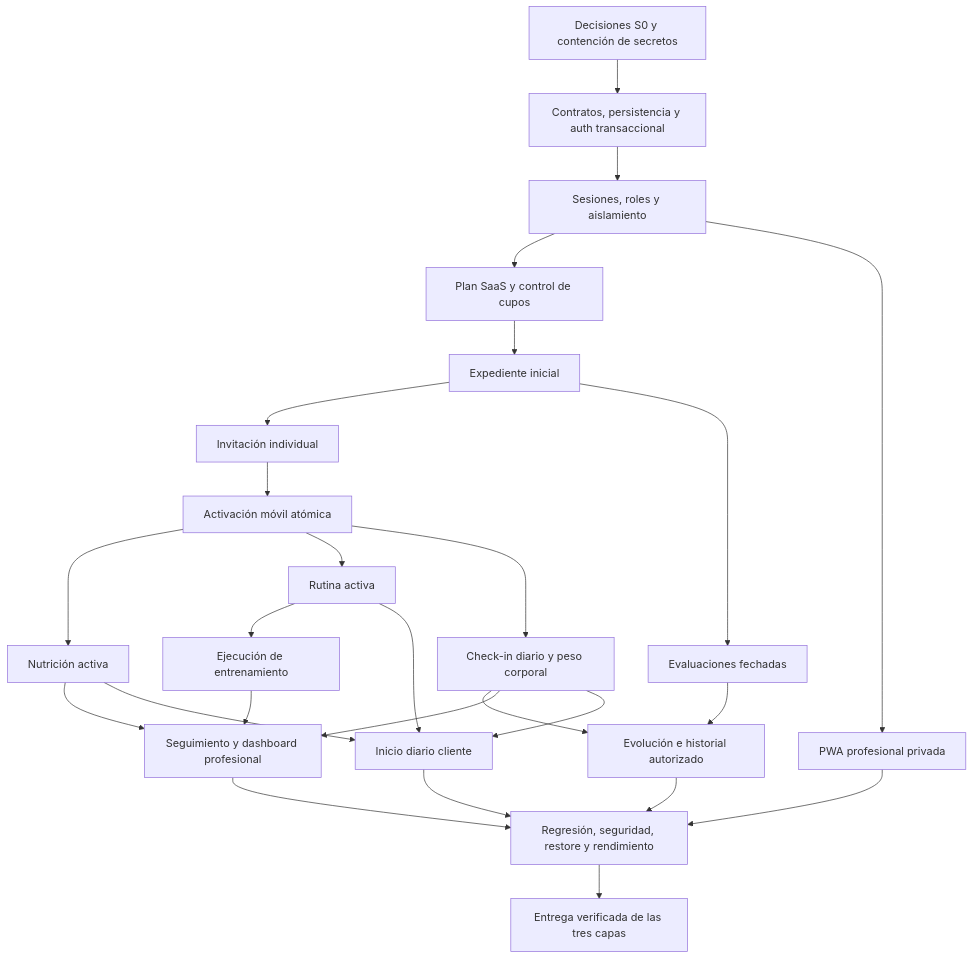
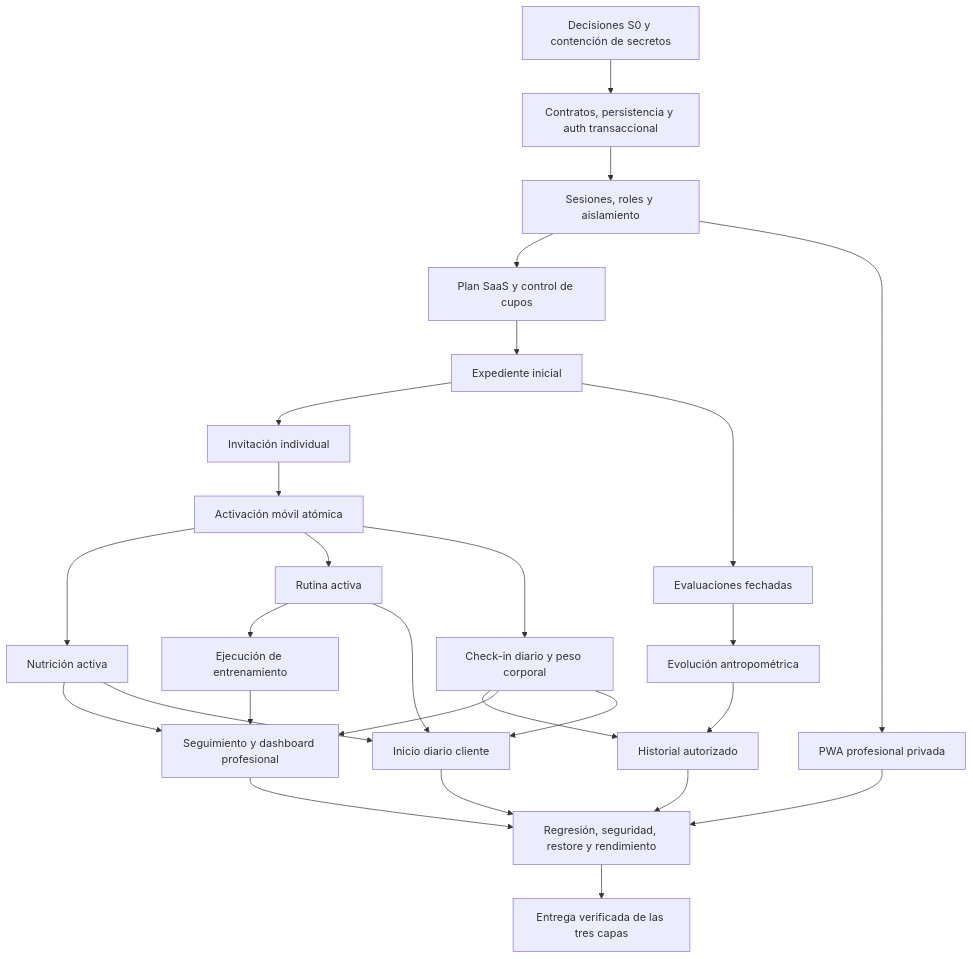
Before and after one commit to anglfer/CouchOneFit: the diagram in plan/PLAN_TRABAJO_V2.md, drawn with Mermaid. The commit also changed other lines of this file, not shown here.

````diff
--- a/plan/PLAN_TRABAJO_V2.md
+++ b/plan/PLAN_TRABAJO_V2.md
@@ -1833,28 +1833,29 @@
 ```mermaid
 flowchart TD
   D[Decisiones S0 y contención de secretos] --> B[Contratos, persistencia y auth transaccional]
   B --> R[Sesiones, roles y aislamiento]
   R --> S[Plan SaaS y control de cupos]
   S --> E[Expediente inicial]
   E --> I[Invitación individual]
   I --> A[Activación móvil atómica]
   A --> N[Nutrición activa]
   A --> T[Rutina activa]
   E --> M[Evaluaciones fechadas]
   T --> X[Ejecución de entrenamiento]
   A --> C[Check-in diario y peso corporal]
   X --> P
   N --> P
-  M --> H[Evolución e historial autorizado]
+  M --> EV[Evolución antropométrica]
+  EV --> H[Historial autorizado]
   C --> H
   C --> P[Seguimiento y dashboard profesional]
   N --> Q[Inicio diario cliente]
   T --> Q
   C --> Q
   R --> W[PWA profesional privada]
   H --> V[Regresión, seguridad, restore y rendimiento]
   P --> V
   Q --> V
   W --> V
   V --> F[Entrega verificada de las tres capas]
 ```
````
